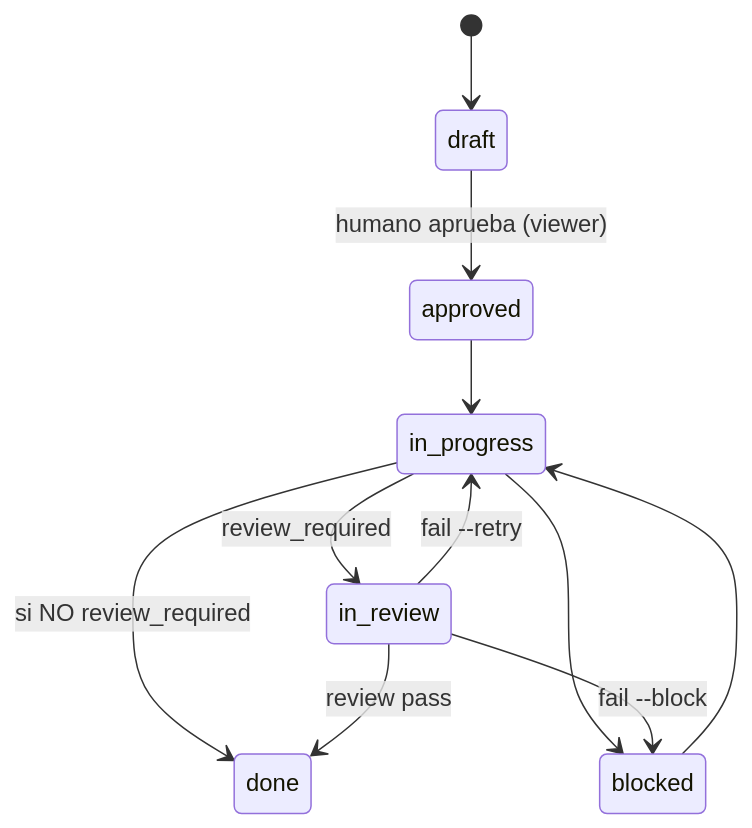
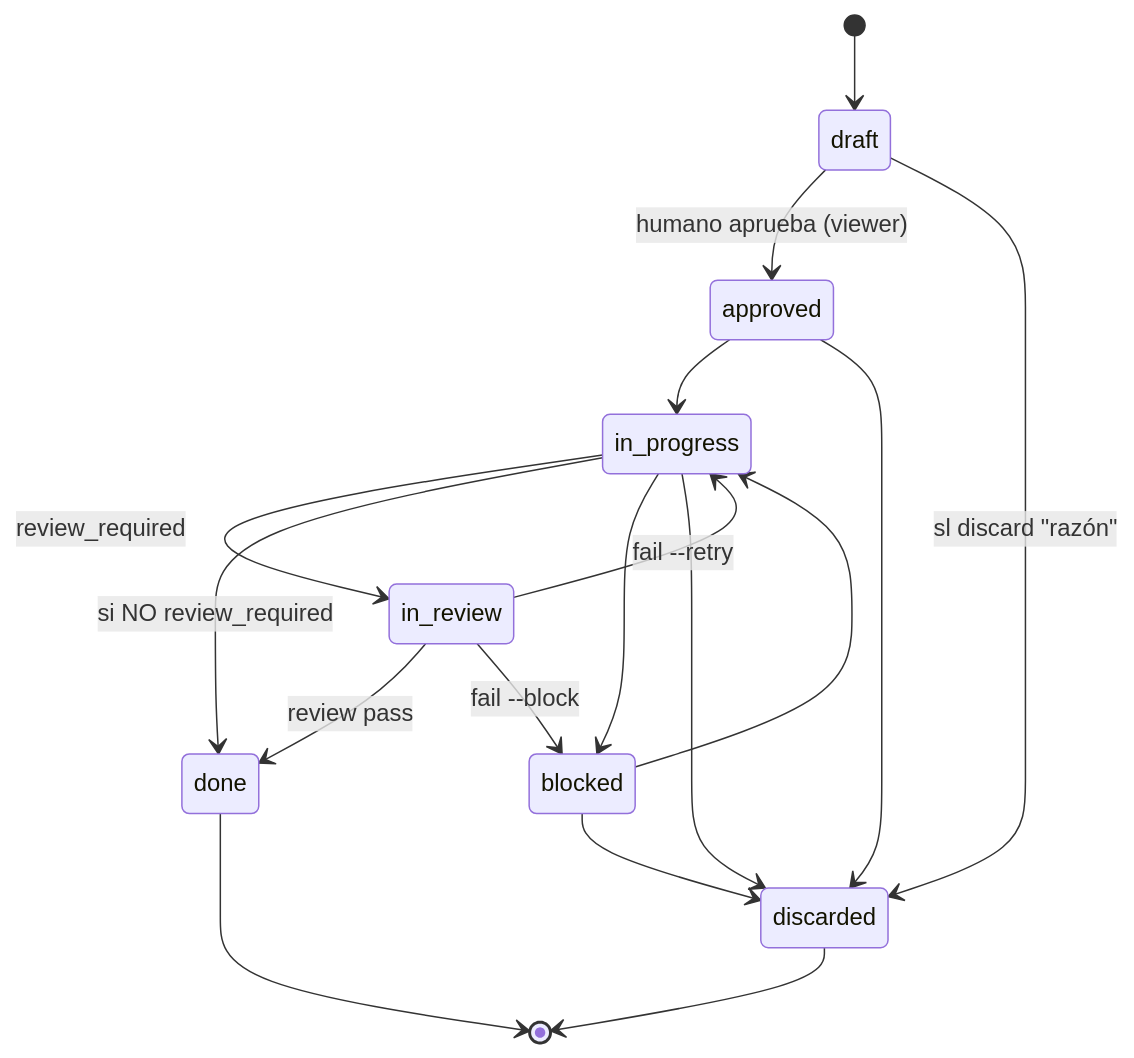
The second of 2 diagrams in .sl/specs/architecture.md (rarc88/changeledger), drawn with Mermaid before and after one commit. The commit also changed other lines of this file and 1 other file, not shown here.

First line of the commit message:
chore(change): review pass, done, graduate into architecture [#20260615-210508]

````diff
--- a/.sl/specs/architecture.md
+++ b/.sl/specs/architecture.md
@@ -94,13 +95,19 @@
 ```mermaid
 stateDiagram-v2
     [*] --> draft
     draft --> approved: humano aprueba (viewer)
     approved --> in_progress
     in_progress --> in_review: review_required
     in_progress --> done: si NO review_required
     in_progress --> blocked
     in_review --> done: review pass
     in_review --> in_progress: fail --retry
     in_review --> blocked: fail --block
     blocked --> in_progress
+    draft --> discarded: sl discard "razón"
+    approved --> discarded
+    in_progress --> discarded
+    blocked --> discarded
+    done --> [*]
+    discarded --> [*]
 ```
````
